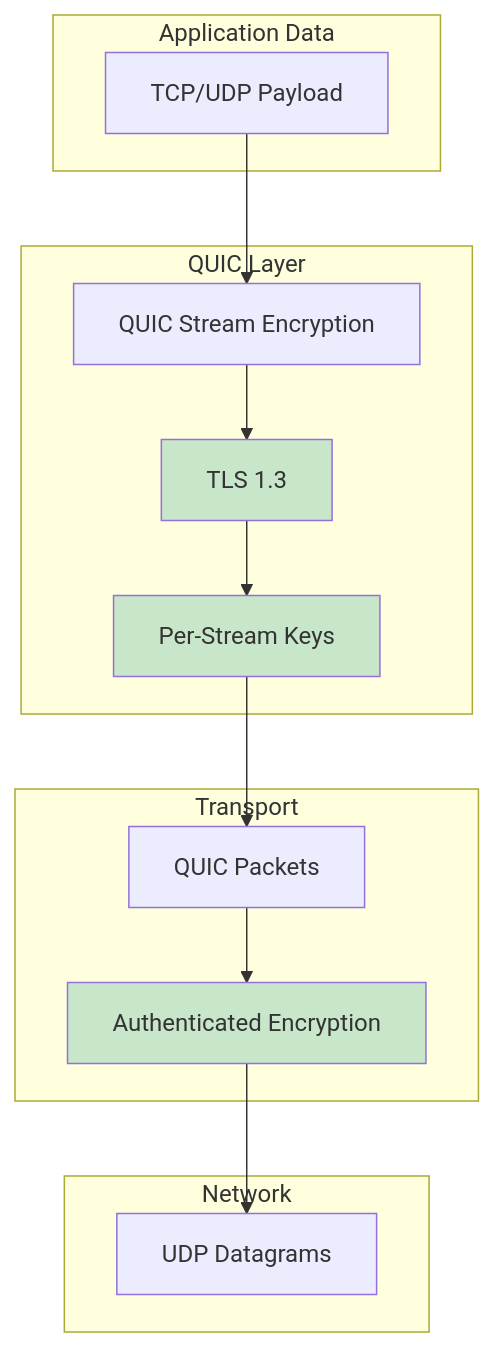
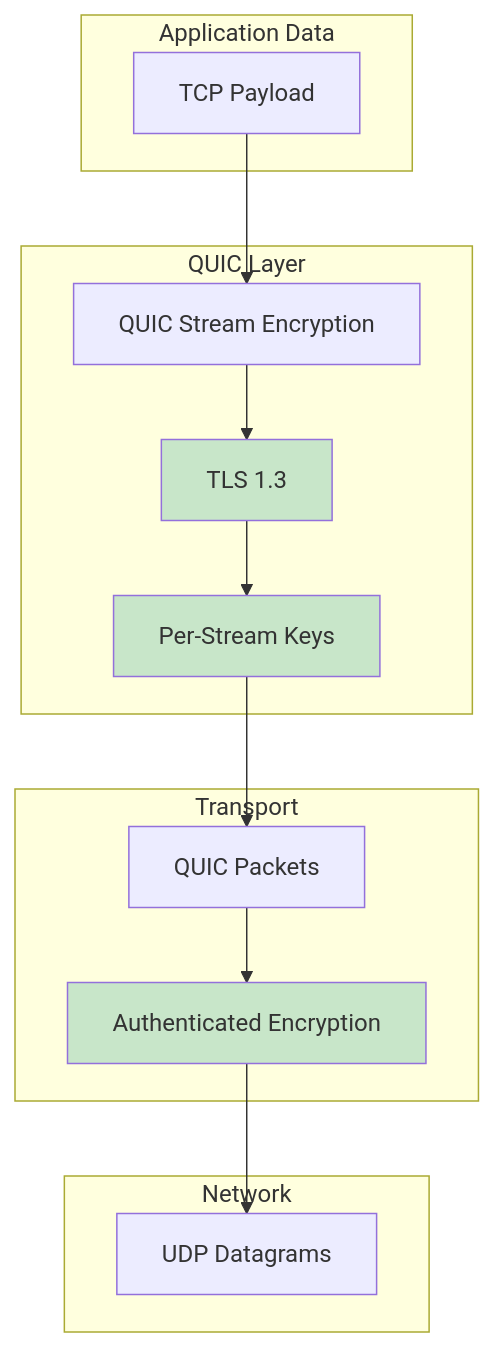
Diagram 14 of 21 in docs/ARCHITECTURE.md (andrewtheguy/duopipe), drawn with Mermaid before and after one commit. The commit also changed other lines of this file and 17 other files, not shown here.

````diff
--- a/docs/ARCHITECTURE.md
+++ b/docs/ARCHITECTURE.md
@@ -530,32 +489,32 @@
 ```mermaid
 graph TB
     subgraph "Application Data"
-        A[TCP/UDP Payload]
+        A[TCP Payload]
     end
     
     subgraph "QUIC Layer"
         B[QUIC Stream Encryption]
         C[TLS 1.3]
         D[Per-Stream Keys]
     end
     
     subgraph "Transport"
         E[QUIC Packets]
         F[Authenticated Encryption]
     end
     
     subgraph "Network"
         G[UDP Datagrams]
     end
     
     A --> B
     B --> C
     C --> D
     D --> E
     E --> F
     F --> G
     
     style C fill:#C8E6C9
     style D fill:#C8E6C9
     style F fill:#C8E6C9
 ```
````
